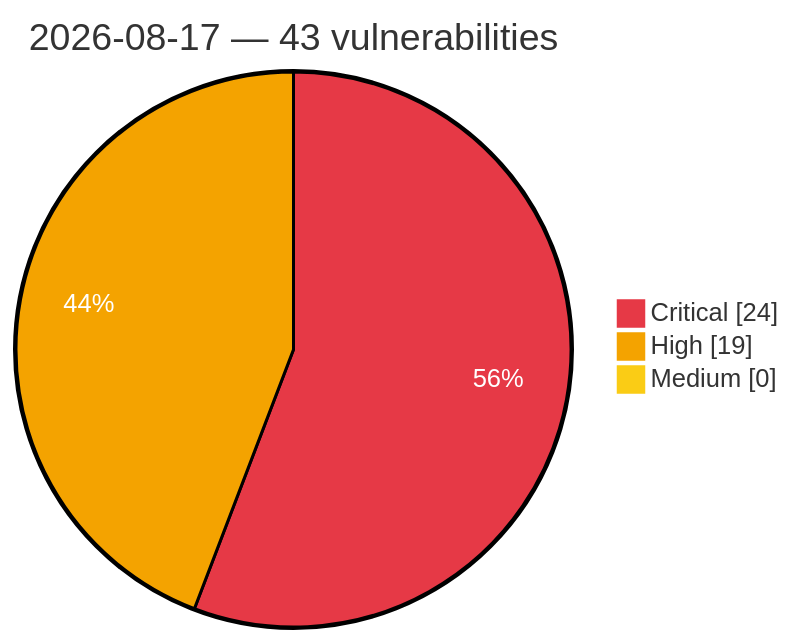
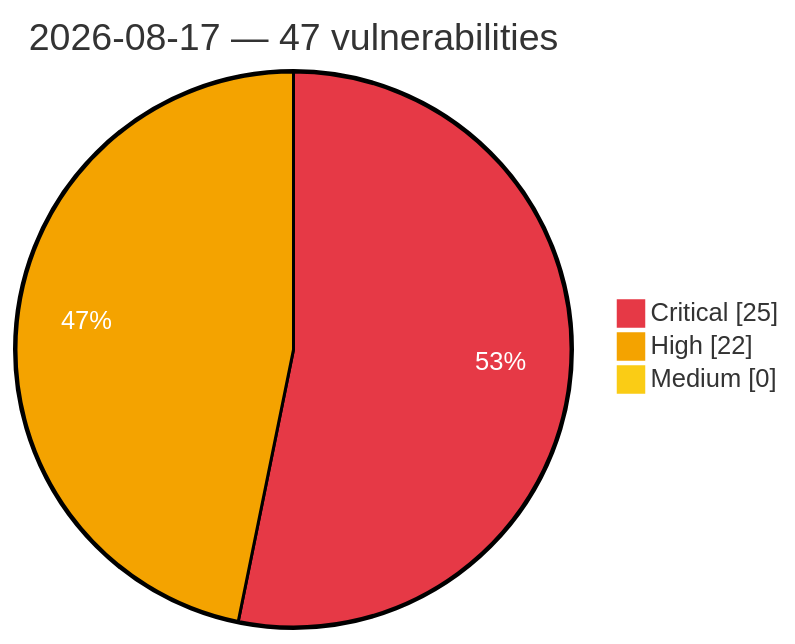
Before and after one commit to GhostX0X/vuln-tracker: the diagram in vulnerabilities/2026/August/2026-08-17.md, drawn with Mermaid. The commit also changed other lines of this file and 5 other files, not shown here.

Commit message:
Auto update: critical/high vulns (2026-08-17 17:03 UTC)

````diff
--- a/vulnerabilities/2026/August/2026-08-17.md
+++ b/vulnerabilities/2026/August/2026-08-17.md
@@ -3,8 +3,8 @@
 ```mermaid
 %%{init: {'theme':'base', 'themeVariables': {'pie1':'#e63946', 'pie2':'#f4a300', 'pie3':'#facc15', 'pieOpacity':'1', 'pieOuterStrokeWidth':'2px', 'pieSectionTextColor':'#ffffff'}}}%%
 pie showData
-    title 2026-08-17 — 43 vulnerabilities
-    "Critical" : 24
-    "High" : 19
+    title 2026-08-17 — 47 vulnerabilities
+    "Critical" : 25
+    "High" : 22
     "Medium" : 0
 ```
````
